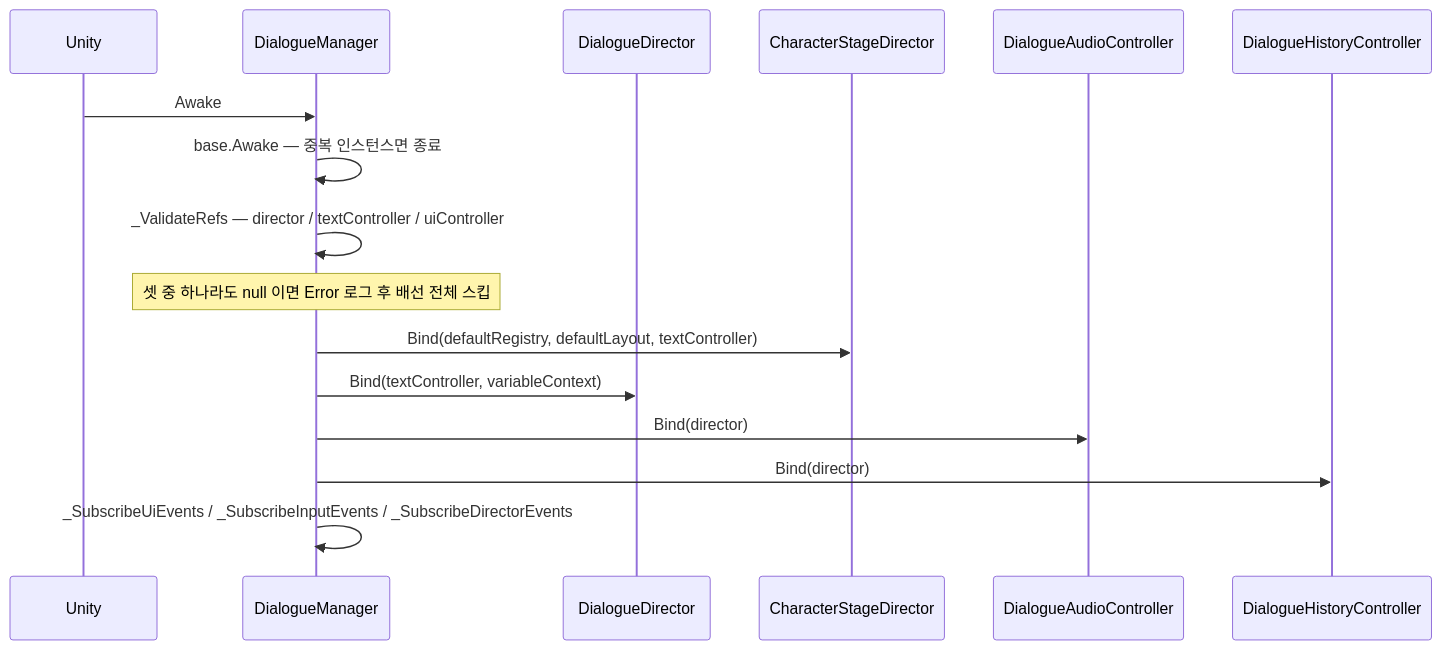
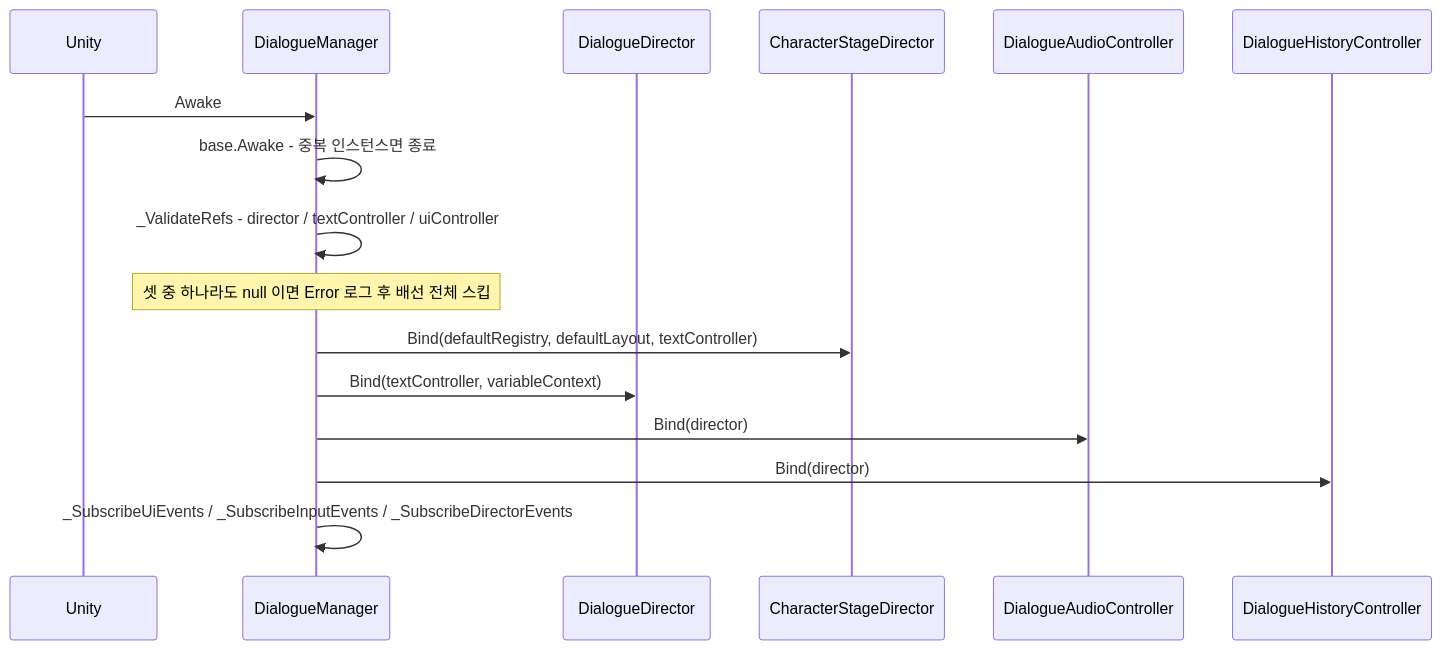
One commit to HoHong123/HCUP-Unity changed the fourth of 6 diagrams in HDialogue/Runtime/README.md. Above: the diagram before and after it, drawn with Mermaid. The commit also changed other lines of this file, not shown here.

````diff
--- a/HDialogue/Runtime/README.md
+++ b/HDialogue/Runtime/README.md
@@ -241,19 +241,19 @@
 ```mermaid
 sequenceDiagram
     participant U as Unity
     participant M as DialogueManager
     participant D as DialogueDirector
     participant SD as CharacterStageDirector
     participant AC as DialogueAudioController
     participant HC as DialogueHistoryController
 
     U->>M: Awake
-    M->>M: base.Awake — 중복 인스턴스면 종료
-    M->>M: _ValidateRefs — director / textController / uiController
+    M->>M: base.Awake - 중복 인스턴스면 종료
+    M->>M: _ValidateRefs - director / textController / uiController
     Note over M: 셋 중 하나라도 null 이면 Error 로그 후 배선 전체 스킵
     M->>SD: Bind(defaultRegistry, defaultLayout, textController)
     M->>D: Bind(textController, variableContext)
     M->>AC: Bind(director)
     M->>HC: Bind(director)
     M->>M: _SubscribeUiEvents / _SubscribeInputEvents / _SubscribeDirectorEvents
 ```
````
